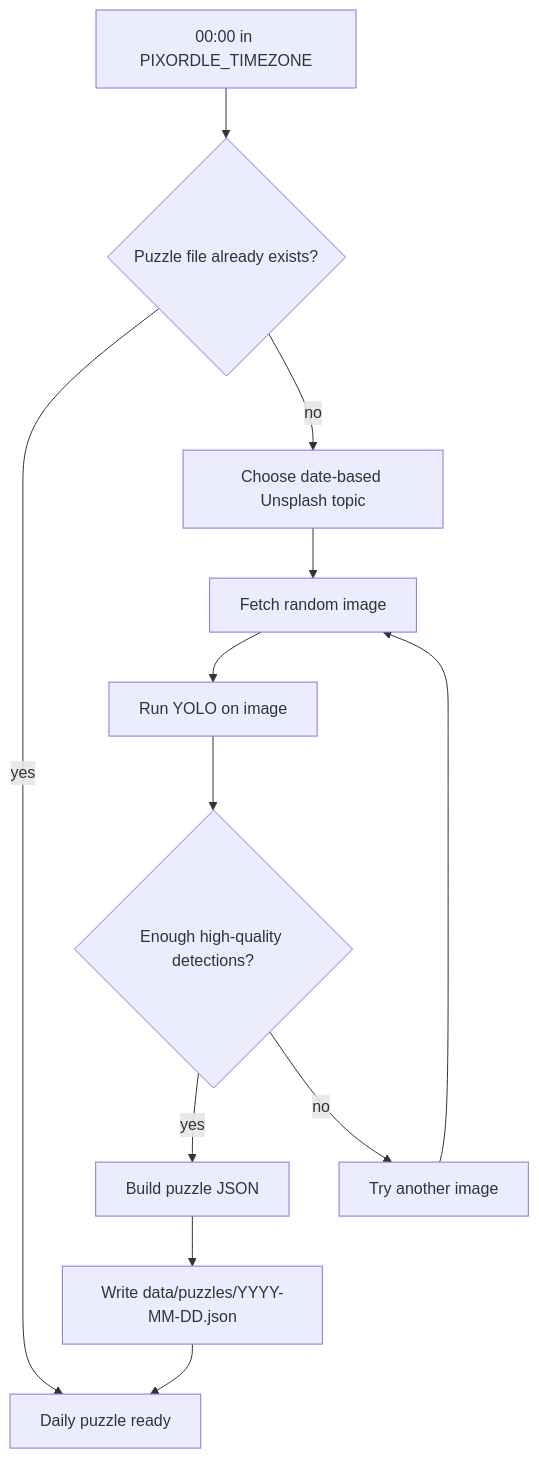
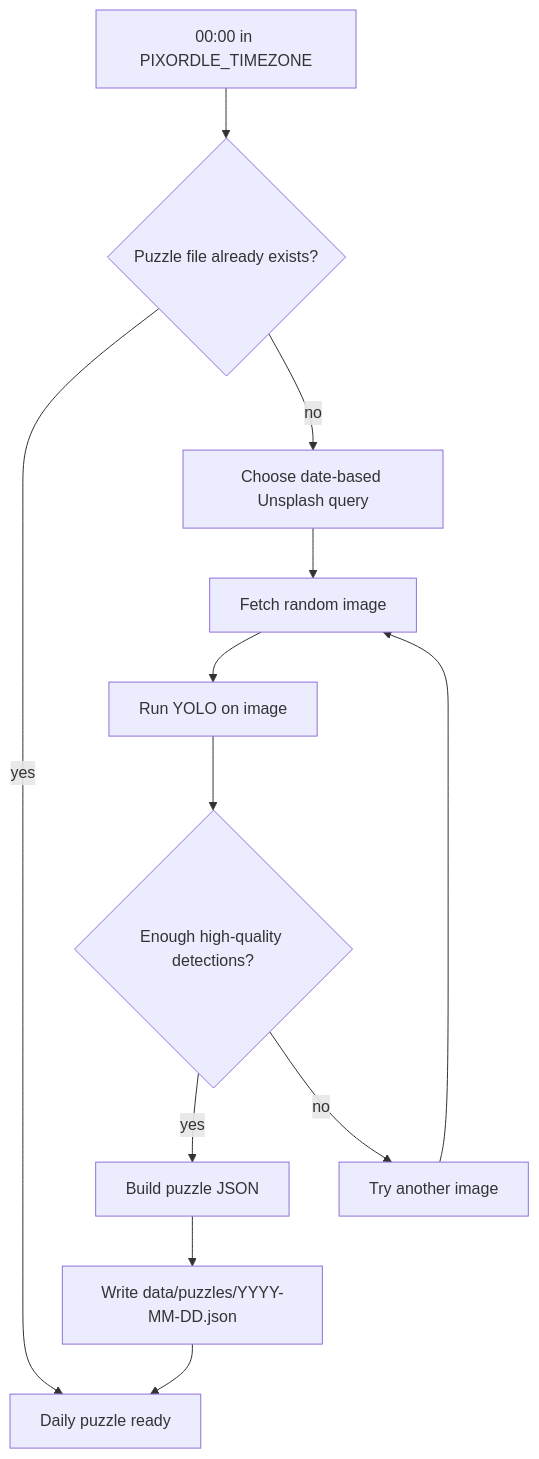
The second of 3 diagrams in README.md (npyrz/Pixordle), drawn with Mermaid before and after one commit. The commit also changed other lines of this file and 1 other file, not shown here.

````diff
--- a/README.md
+++ b/README.md
@@ -46,25 +46,25 @@
 ```mermaid
 flowchart TD
   Start["00:00 in PIXORDLE_TIMEZONE"]
   DateFile{"Puzzle file already exists?"}
-  Topic["Choose date-based Unsplash topic"]
+  Topic["Choose date-based Unsplash query"]
   Image["Fetch random image"]
   Detect["Run YOLO on image"]
   Quality{"Enough high-quality detections?"}
   Build["Build puzzle JSON"]
   Save["Write data/puzzles/YYYY-MM-DD.json"]
   Retry["Try another image"]
   Done["Daily puzzle ready"]
 
   Start --> DateFile
   DateFile -->|"yes"| Done
   DateFile -->|"no"| Topic
   Topic --> Image
   Image --> Detect
   Detect --> Quality
   Quality -->|"yes"| Build
   Quality -->|"no"| Retry
   Retry --> Image
   Build --> Save
   Save --> Done
 ```
````
